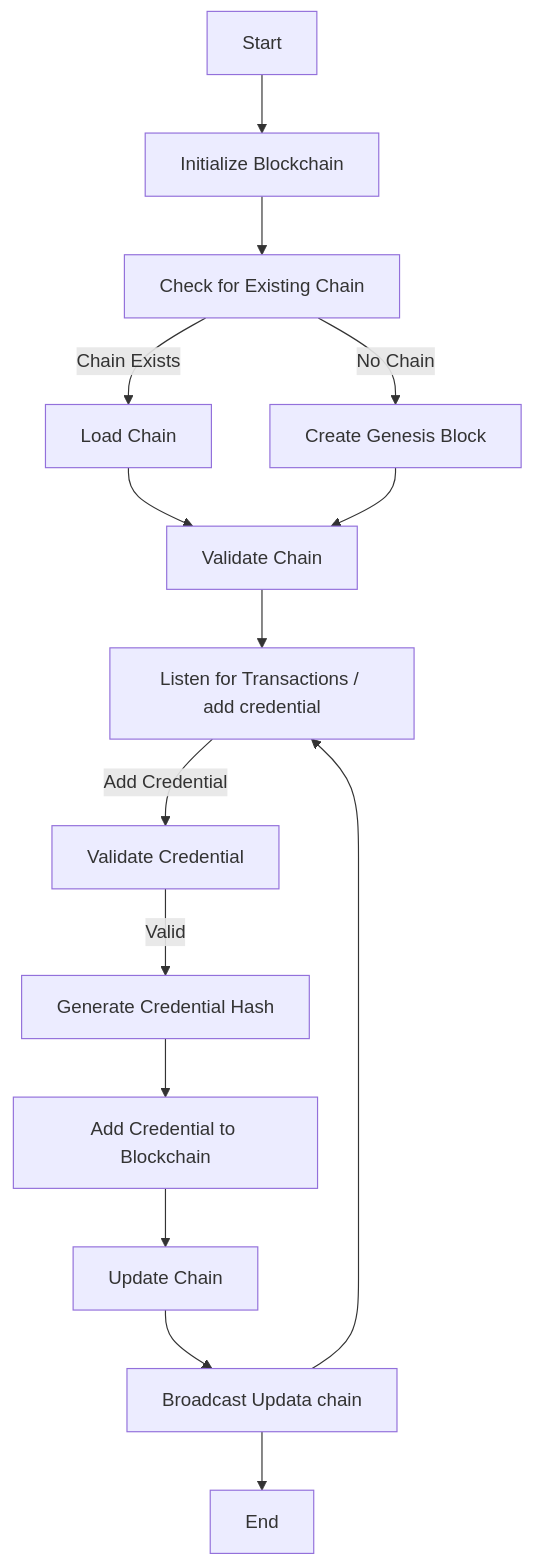
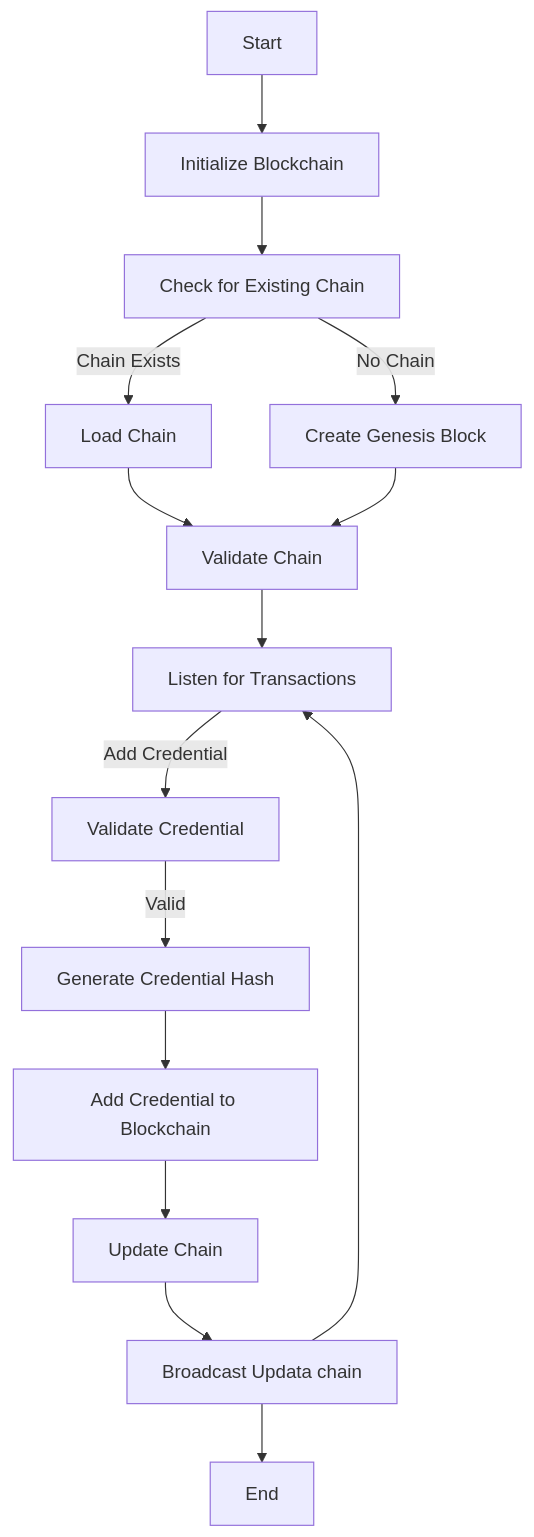
One commit to TsoiEn/softEng changed the diagram in README.md. Above: the diagram before and after it, drawn with Mermaid.

Commit message:
corrected

````diff
--- a/README.md
+++ b/README.md
@@ -4,17 +4,17 @@
 ```mermaid
 flowchart TD
     A[Start] --> B[Initialize Blockchain]
     B --> C[Check for Existing Chain]
     C --> |Chain Exists| D[Load Chain]
     C --> |No Chain| E[Create Genesis Block]
     D --> F[Validate Chain]
     E --> F
-    F --> G[Listen for Transactions / add credential]
+    F --> G[Listen for Transactions]
     G --> |Add Credential| H[Validate Credential]
     H --> |Valid| I[Generate Credential Hash]
     I --> J[Add Credential to Blockchain]
     J --> K[Update Chain]
     K --> L[Broadcast Updata chain]
     L --> G
     L --> M[End]
 ```
````
